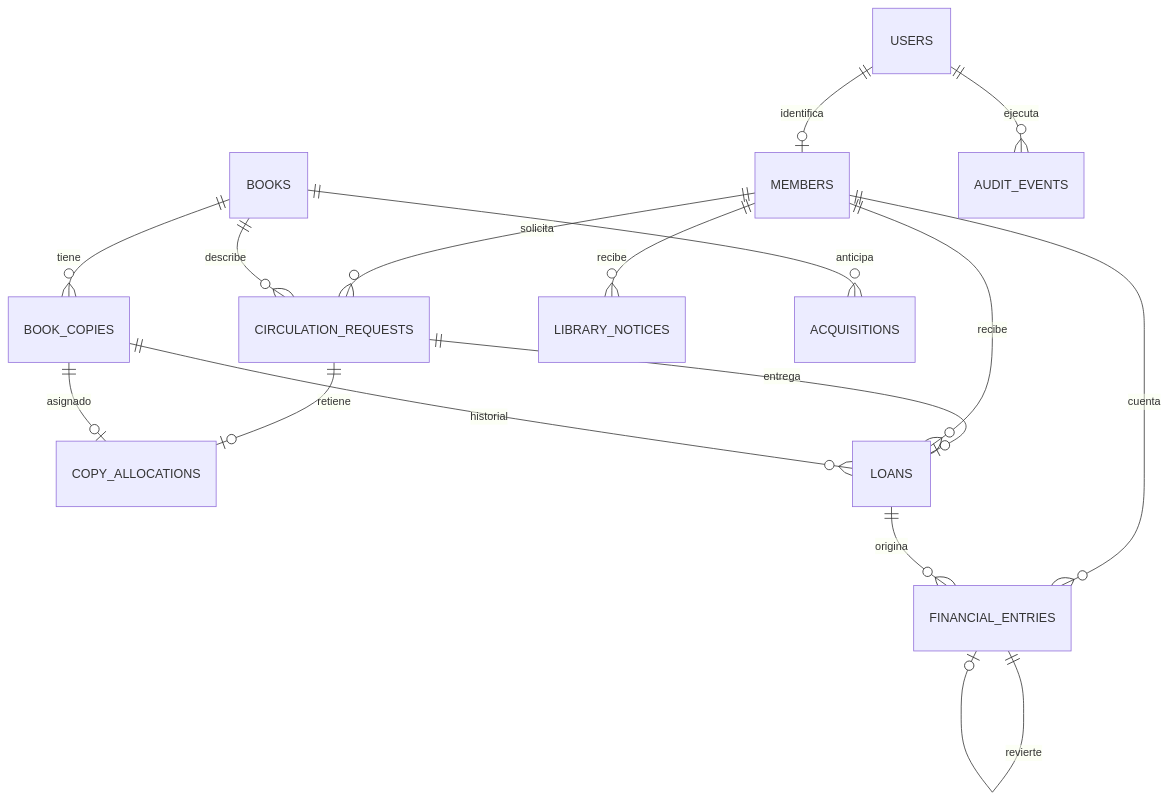
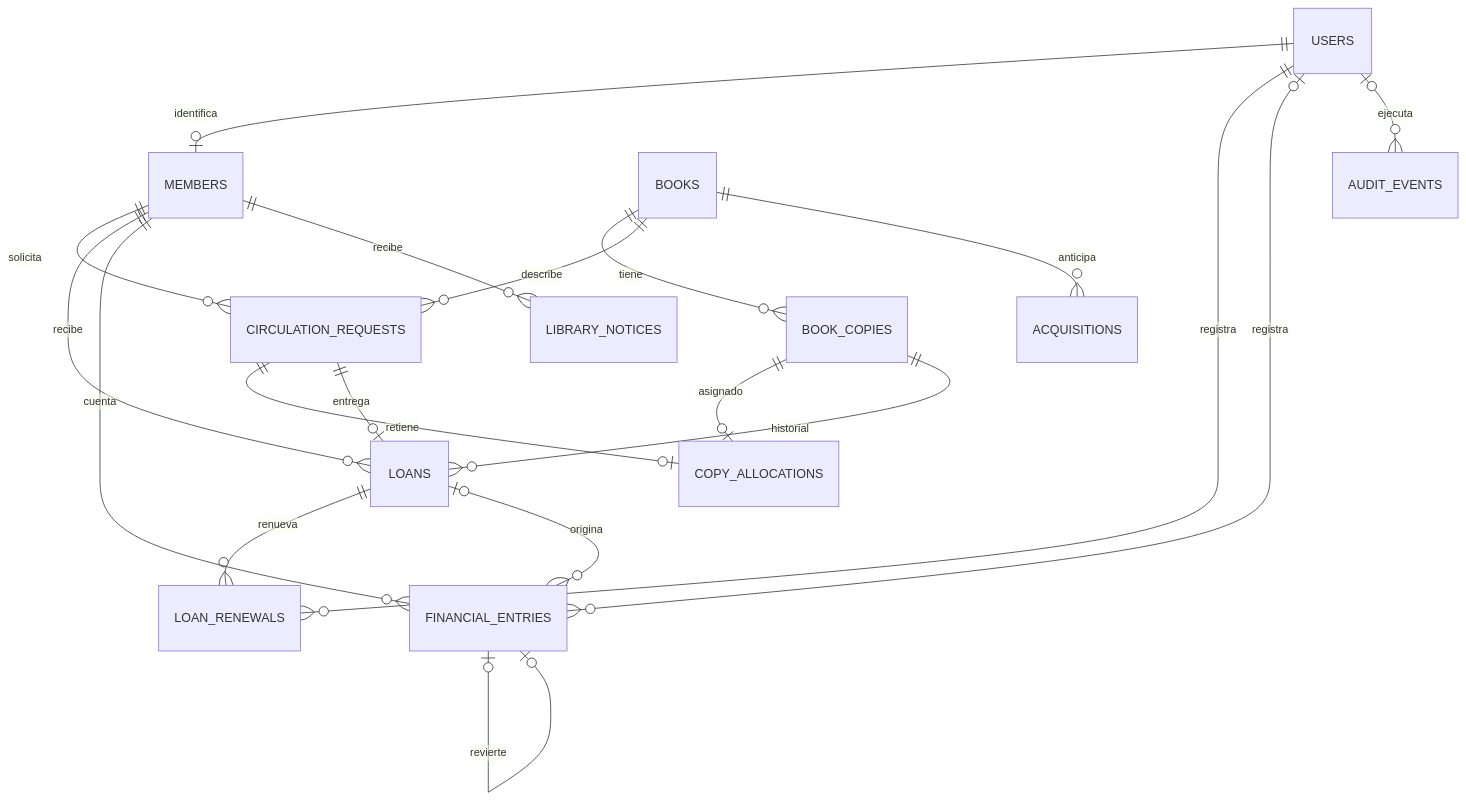
Before and after one commit to Yukyshiram/Andrew-Studio: the diagram in docs/16_DOMINIO_BIBLIOTECARIO_3.md, drawn with Mermaid. The commit also changed 2 other files, not shown here.

Commit message:
Documenta tesorería y regresiones pendientes
Reconstrucción selectiva de cambios locales todavía no publicados.
Origen-local: f70ada1495e009dcf452262b5b6c446ba4a57ac1

````diff
--- a/docs/16_DOMINIO_BIBLIOTECARIO_3.md
+++ b/docs/16_DOMINIO_BIBLIOTECARIO_3.md
@@ -58,18 +58,21 @@
 ```mermaid
 erDiagram
     USERS ||--o| MEMBERS : identifica
     BOOKS ||--o{ BOOK_COPIES : tiene
     MEMBERS ||--o{ CIRCULATION_REQUESTS : solicita
     BOOKS ||--o{ CIRCULATION_REQUESTS : describe
     CIRCULATION_REQUESTS ||--o| COPY_ALLOCATIONS : retiene
     BOOK_COPIES ||--o| COPY_ALLOCATIONS : asignado
     CIRCULATION_REQUESTS ||--o| LOANS : entrega
     MEMBERS ||--o{ LOANS : recibe
     BOOK_COPIES ||--o{ LOANS : historial
+    LOANS ||--o{ LOAN_RENEWALS : renueva
+    USERS ||--o{ LOAN_RENEWALS : registra
     MEMBERS ||--o{ FINANCIAL_ENTRIES : cuenta
-    LOANS ||--o{ FINANCIAL_ENTRIES : origina
-    FINANCIAL_ENTRIES ||--o| FINANCIAL_ENTRIES : revierte
+    LOANS |o--o{ FINANCIAL_ENTRIES : origina
+    USERS |o--o{ FINANCIAL_ENTRIES : registra
+    FINANCIAL_ENTRIES |o--o| FINANCIAL_ENTRIES : revierte
     MEMBERS ||--o{ LIBRARY_NOTICES : recibe
     BOOKS ||--o{ ACQUISITIONS : anticipa
-    USERS ||--o{ AUDIT_EVENTS : ejecuta
+    USERS |o--o{ AUDIT_EVENTS : ejecuta
 ```
````
